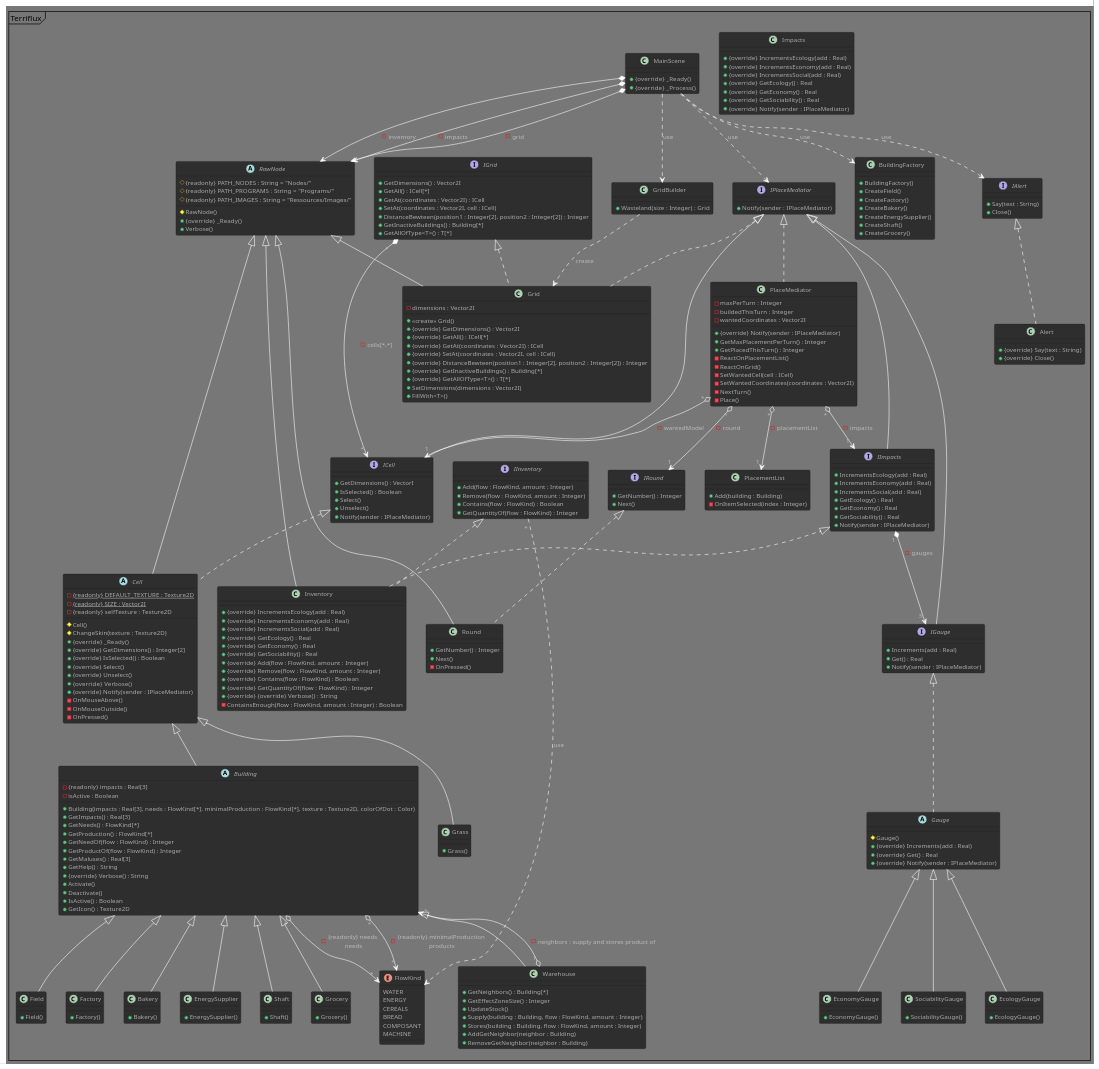
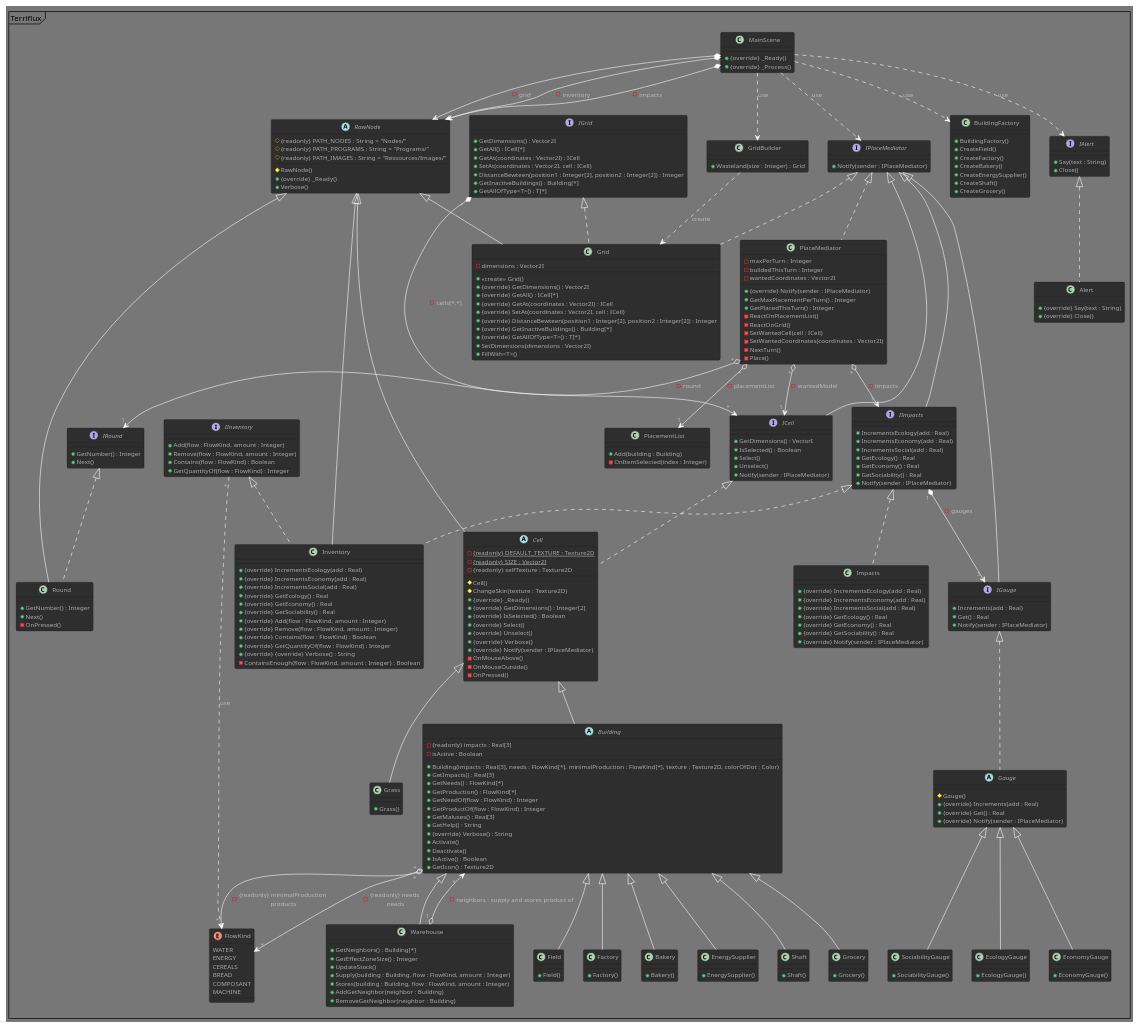
One commit to Spidermatou/Terriflux changed the diagram in Terriflux.puml. Above: the diagram before and after it, drawn with PlantUML. The commit also changed 1 other file, not shown here.

```diff
--- a/Terriflux.puml
+++ b/Terriflux.puml
@@ -261,7 +261,7 @@
     + Notify(sender : IPlaceMediator)
 }
 IImpacts" 1 " *--> " 3 "IGauge : - gauges
-class Impacts 
+class Impacts implements IImpacts
 {
     + {override} IncrementsEcology(add : Real)
     + {override} IncrementsEconomy(add : Real)
```
